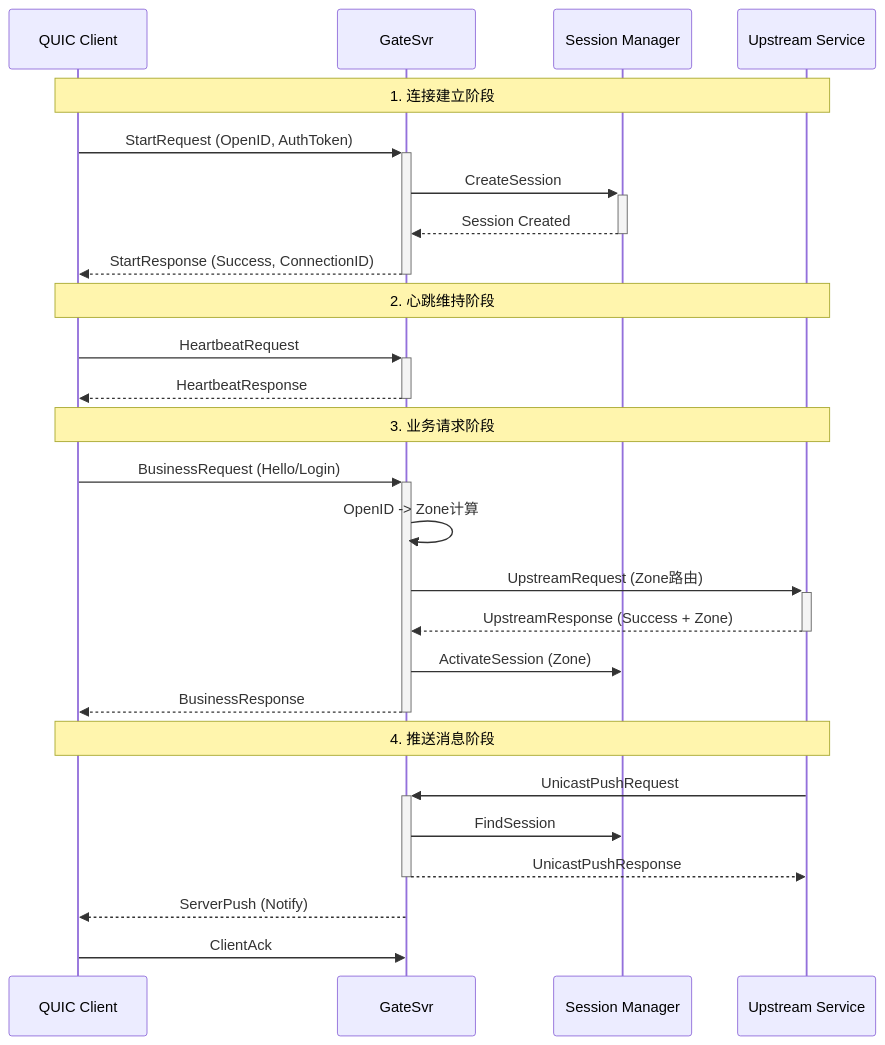
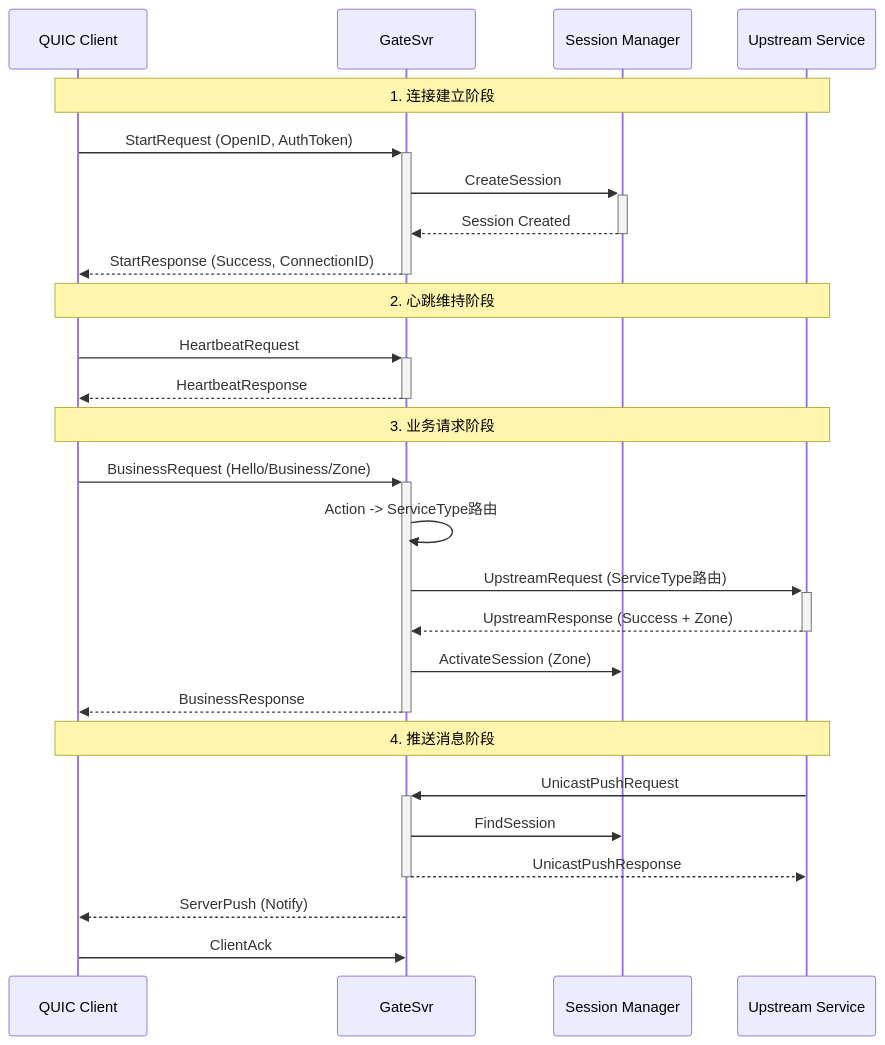
The second of 4 diagrams in TECHNICAL_DESIGN.md (XQI77/gateway_test), drawn with Mermaid before and after one commit. The commit also changed other lines of this file and 9 other files, not shown here.

````diff
--- a/TECHNICAL_DESIGN.md
+++ b/TECHNICAL_DESIGN.md
@@ -130,32 +124,32 @@
 ```mermaid
 sequenceDiagram
     participant C as QUIC Client
     participant G as GateSvr
     participant S as Session Manager
     participant U as Upstream Service
     
     Note over C,U: 1. 连接建立阶段
     C->>+G: StartRequest (OpenID, AuthToken)
     G->>+S: CreateSession
     S-->>-G: Session Created
     G-->>-C: StartResponse (Success, ConnectionID)
     
     Note over C,U: 2. 心跳维持阶段
     C->>+G: HeartbeatRequest
     G-->>-C: HeartbeatResponse
     
     Note over C,U: 3. 业务请求阶段
-    C->>+G: BusinessRequest (Hello/Login)
-    G->>G: OpenID -> Zone计算
-    G->>+U: UpstreamRequest (Zone路由)
+    C->>+G: BusinessRequest (Hello/Business/Zone)
+    G->>G: Action -> ServiceType路由
+    G->>+U: UpstreamRequest (ServiceType路由)
     U-->>-G: UpstreamResponse (Success + Zone)
     G->>S: ActivateSession (Zone)
     G-->>-C: BusinessResponse
     
     Note over C,U: 4. 推送消息阶段
     U->>+G: UnicastPushRequest
     G->>S: FindSession
     G-->>-U: UnicastPushResponse
     G-->>C: ServerPush (Notify)
     C->>G: ClientAck
 ```
````
